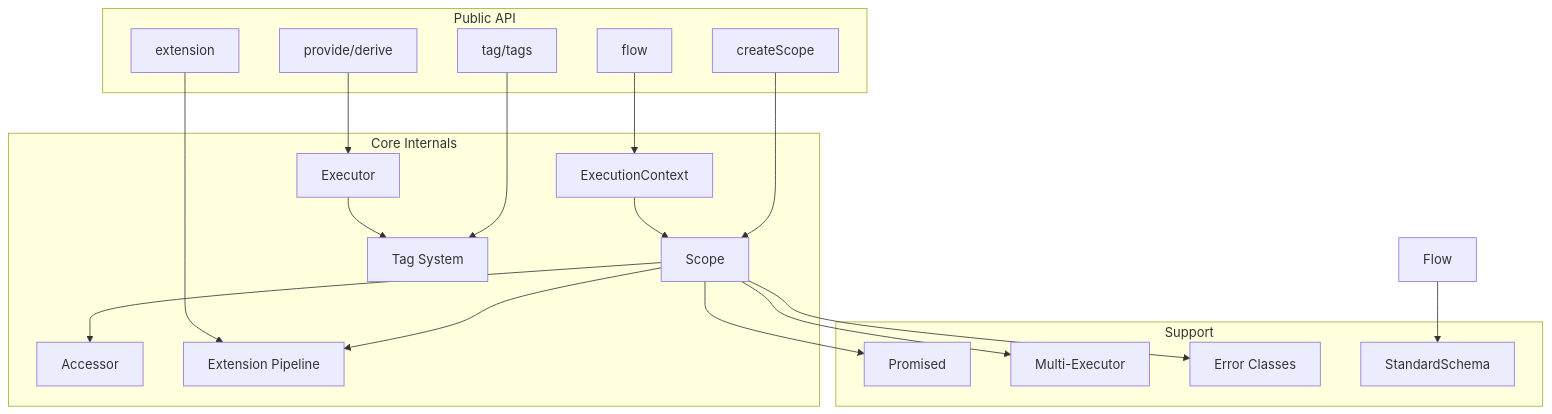
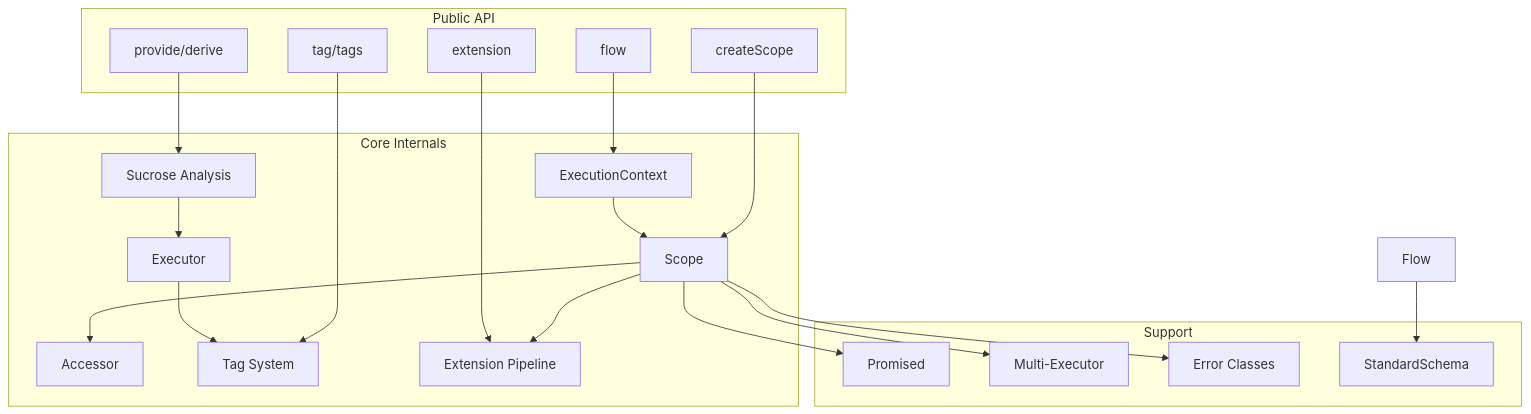
The first of 3 diagrams in .c3/c3-1-core/README.md (pumped-fn/pumped-fn), drawn with Mermaid before and after one commit. The commit also changed other lines of this file and 5 other files, not shown here.

First line of the commit message:
docs(c3): add ADR-002 and update C3 docs for Sucrose static analysis

````diff
--- a/.c3/c3-1-core/README.md
+++ b/.c3/c3-1-core/README.md
@@ -35,41 +35,43 @@
 ```mermaid
 flowchart TB
     subgraph "Public API"
         provide[provide/derive]
         createScope[createScope]
         flow[flow]
         tag[tag/tags]
         extension[extension]
     end
 
     subgraph "Core Internals"
+        Sucrose[Sucrose Analysis]
         Executor[Executor]
         Scope[Scope]
         Accessor[Accessor]
         ExecutionContext[ExecutionContext]
         Tag[Tag System]
         Extension[Extension Pipeline]
     end
 
     subgraph "Support"
         Promised[Promised]
         Multi[Multi-Executor]
         Errors[Error Classes]
         Schema[StandardSchema]
     end
 
-    provide --> Executor
+    provide --> Sucrose
+    Sucrose --> Executor
     createScope --> Scope
     Scope --> Accessor
     Scope --> Extension
     flow --> ExecutionContext
     ExecutionContext --> Scope
     tag --> Tag
     extension --> Extension
 
     Executor --> Tag
     Flow --> Schema
     Scope --> Promised
     Scope --> Multi
     Scope --> Errors
 ```
````
